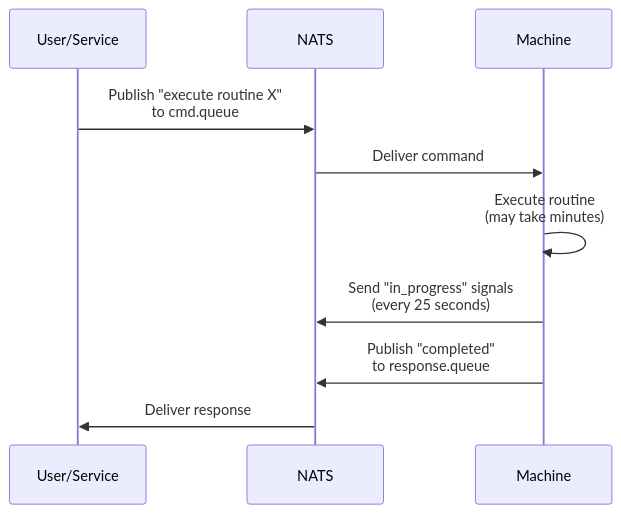
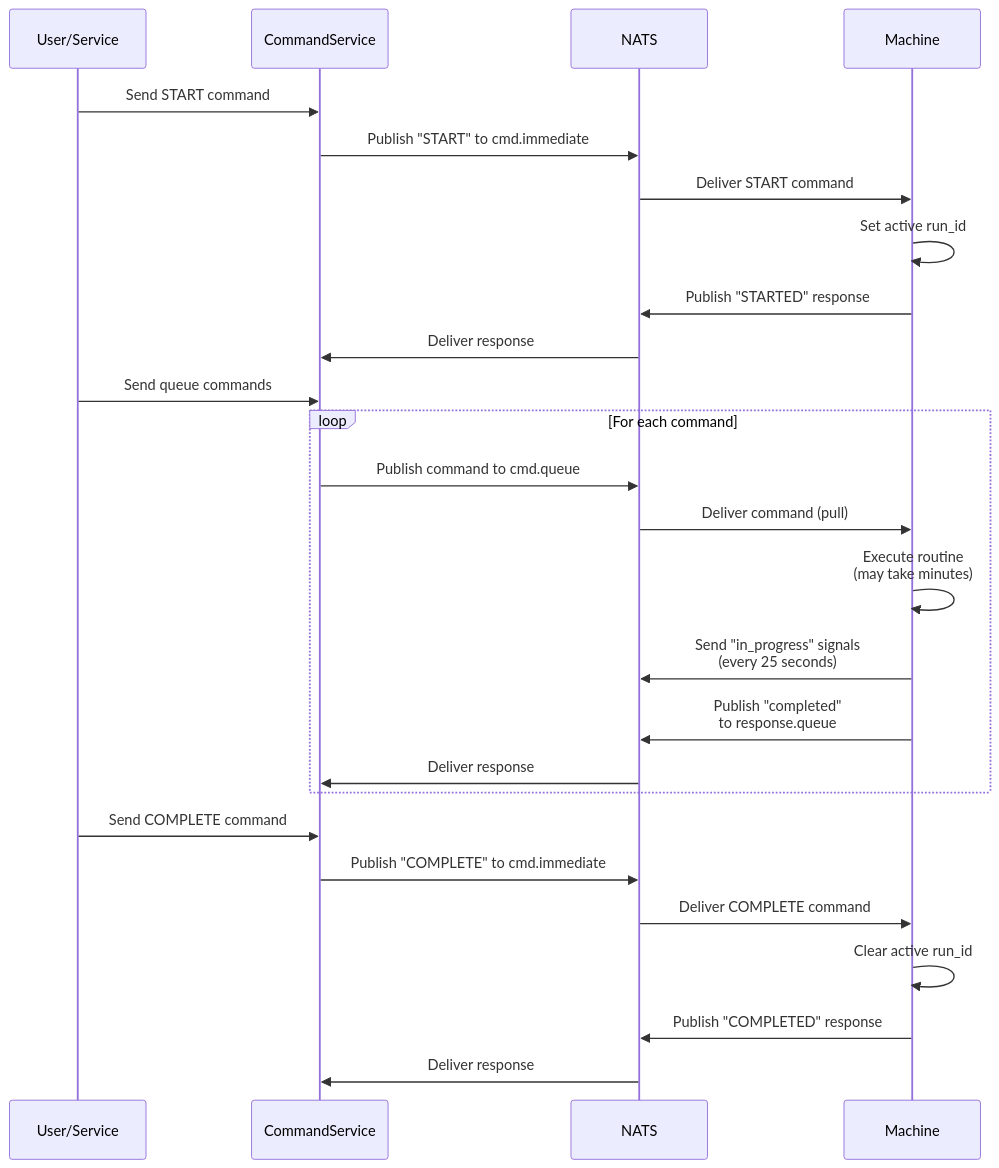
Diagram 11 of 13 in docs/nats_architecture_diagram.md (PUDAP/puda), drawn with Mermaid before and after one commit. The commit also changed other lines of this file and 4 other files, not shown here.

Commit message:
docs: update nats architecture

````diff
--- a/docs/nats_architecture_diagram.md
+++ b/docs/nats_architecture_diagram.md
@@ -560,13 +692,31 @@
 ```mermaid
 sequenceDiagram
     participant User as User/Service
+    participant CS as CommandService
     participant NATS as NATS
     participant Machine as Machine
     
-    User->>NATS: Publish "execute routine X"<br/>to cmd.queue
-    NATS->>Machine: Deliver command
-    Machine->>Machine: Execute routine<br/>(may take minutes)
-    Machine->>NATS: Send "in_progress" signals<br/>(every 25 seconds)
-    Machine->>NATS: Publish "completed"<br/>to response.queue
-    NATS->>User: Deliver response
+    User->>CS: Send START command
+    CS->>NATS: Publish "START" to cmd.immediate
+    NATS->>Machine: Deliver START command
+    Machine->>Machine: Set active run_id
+    Machine->>NATS: Publish "STARTED" response
+    NATS->>CS: Deliver response
+    
+    User->>CS: Send queue commands
+    loop For each command
+        CS->>NATS: Publish command to cmd.queue
+        NATS->>Machine: Deliver command (pull)
+        Machine->>Machine: Execute routine<br/>(may take minutes)
+        Machine->>NATS: Send "in_progress" signals<br/>(every 25 seconds)
+        Machine->>NATS: Publish "completed"<br/>to response.queue
+        NATS->>CS: Deliver response
+    end
+    
+    User->>CS: Send COMPLETE command
+    CS->>NATS: Publish "COMPLETE" to cmd.immediate
+    NATS->>Machine: Deliver COMPLETE command
+    Machine->>Machine: Clear active run_id
+    Machine->>NATS: Publish "COMPLETED" response
+    NATS->>CS: Deliver response
 ```
````
